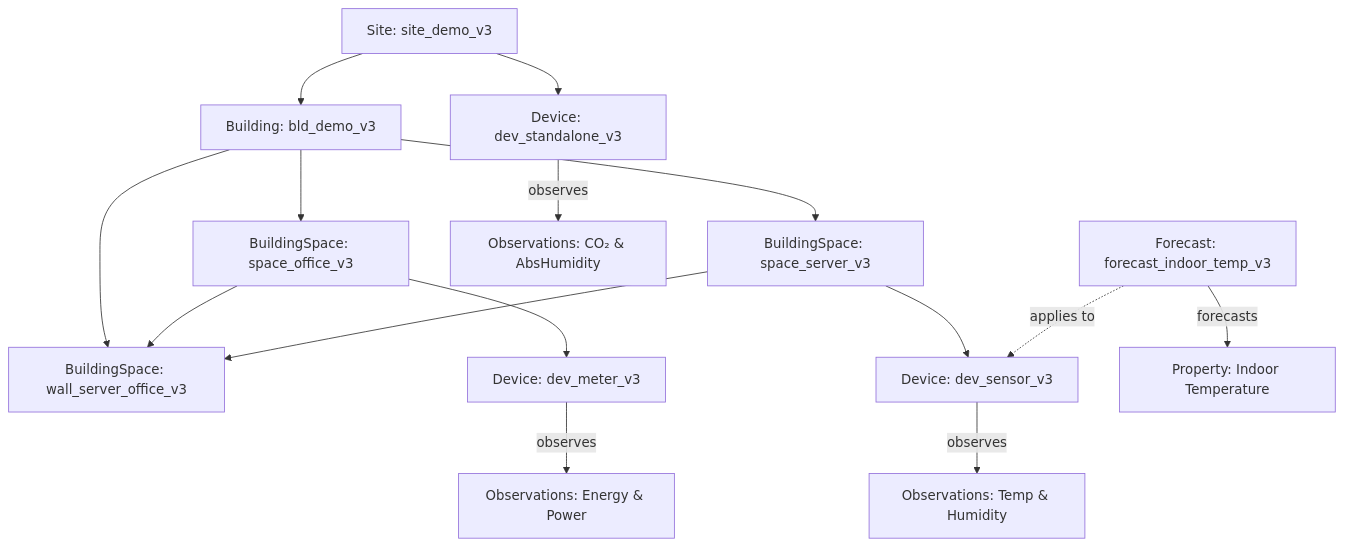
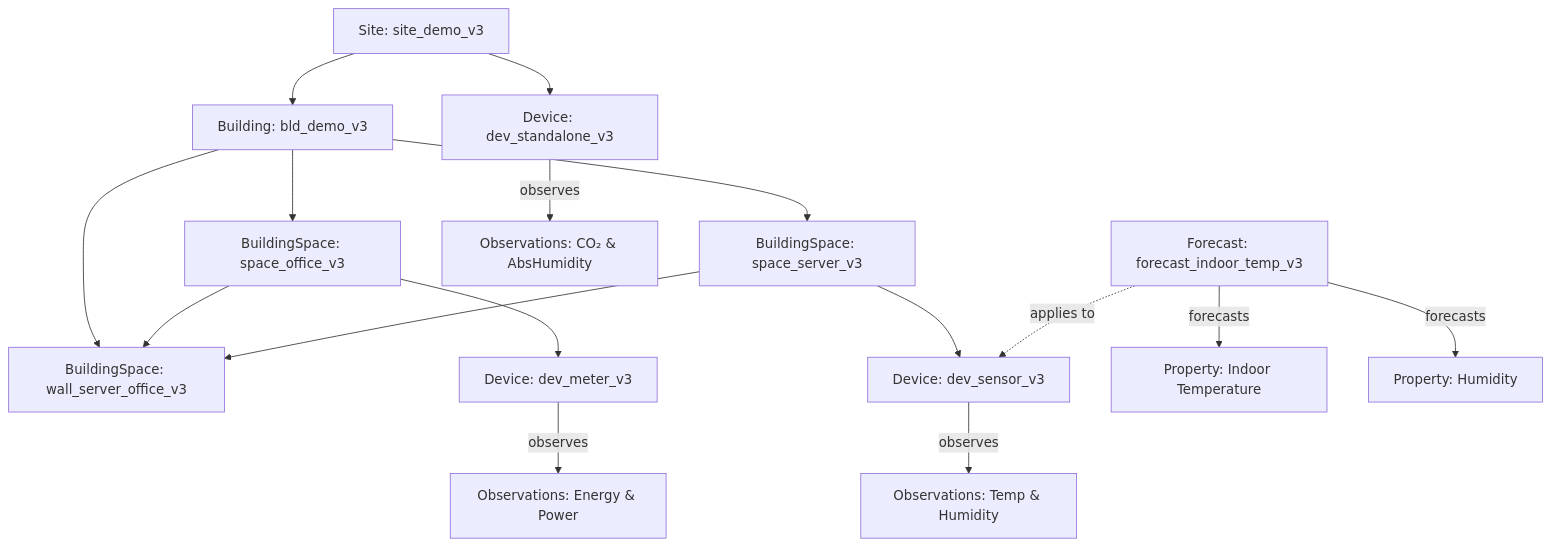
One commit to CenterDenmark/elexia-datamodel changed the diagram in guides/data provider/transformation_endpoints_guide.md. Above: the diagram before and after it, drawn with Mermaid. The commit also changed other lines of this file, not shown here.

Commit message:
fix(transformation_endpoints_guide): Update forecast documentation

````diff
--- a/guides/data provider/transformation_endpoints_guide.md
+++ b/guides/data provider/transformation_endpoints_guide.md
@@ -66,19 +66,20 @@
 ```mermaid
 flowchart TD
   Site["Site: site_demo_v3"] --> Building["Building: bld_demo_v3"]
   Building --> Office["BuildingSpace: space_office_v3"]
   Building --> Server["BuildingSpace: space_server_v3"]
   Building --> Wall["BuildingSpace: wall_server_office_v3"]
   Office --> Meter["Device: dev_meter_v3"]
   Server --> Sensor["Device: dev_sensor_v3"]
   Office --> Wall["BuildingSpace: wall_server_office_v3"]
   Server --> Wall["BuildingSpace: wall_server_office_v3"]
   Site --> Standalone["Device: dev_standalone_v3"]
   Meter -->|observes| Energy["Observations: Energy & Power"]
   Sensor -->|observes| Climate["Observations: Temp & Humidity"]
   Standalone -->|observes| Air["Observations: CO₂ & AbsHumidity"]
 
   %% Forecast Example
   Forecast["Forecast: forecast_indoor_temp_v3"] -.->|applies to| Sensor
   Forecast -->|forecasts| TempProp["Property: Indoor Temperature"]
+  Forecast -->|forecasts| HumidityProp["Property: Humidity"]
 ```
````
